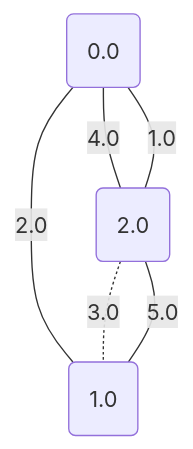
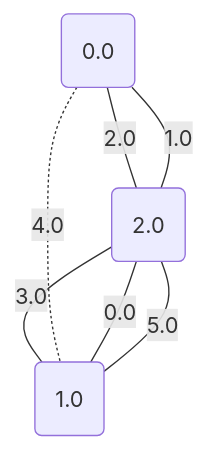
Before and after one commit to metury/graphs: the fourth of 5 diagrams in project/src/testing/minCut.md, drawn with Mermaid. The commit also changed other lines of this file and 3 other files, not shown here.

````diff
--- a/project/src/testing/minCut.md
+++ b/project/src/testing/minCut.md
@@ -66,11 +66,12 @@
 ```mermaid
 graph TD;
 0("0.0");
 1("1.0");
 2("2.0");
+	1 -- "0.0" --- 2;
 	2 -- "1.0" --- 0;
-	0 -- "2.0" --- 1;
-	2 -. "3.0" -.- 1;
-	0 -- "4.0" --- 2;
-	2 -- "5.0" --- 1;
+	0 -- "2.0" --- 2;
+	2 -- "3.0" --- 1;
+	0 -. "4.0" -.- 1;
+	1 -- "5.0" --- 2;
 ```
````
